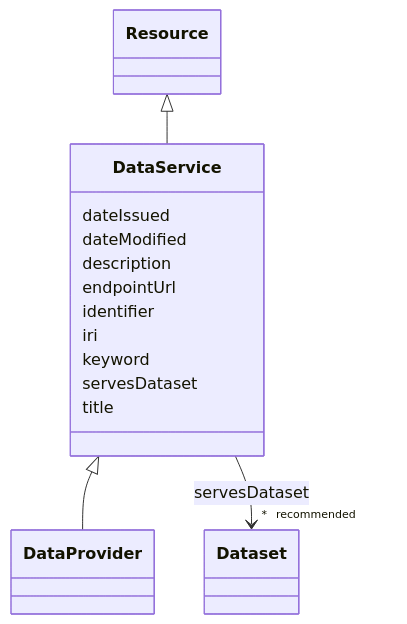
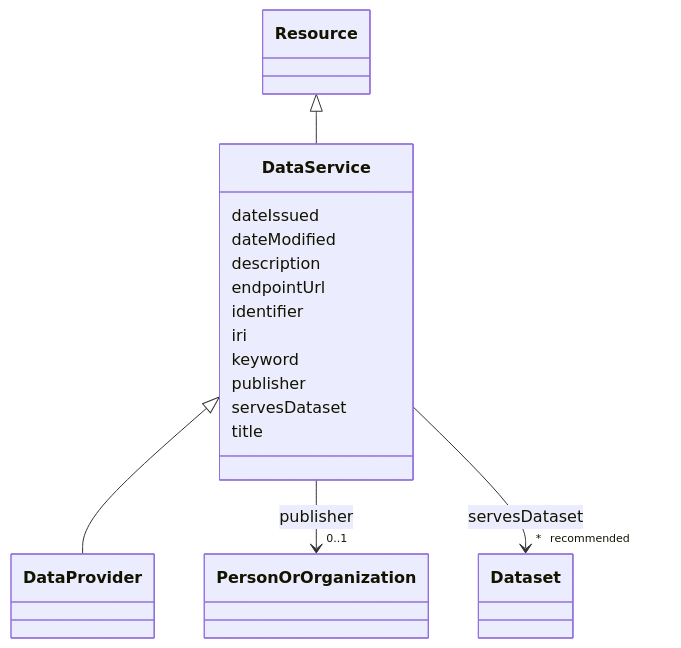
Before and after one commit to EVORA-project/evora-ontology: the diagram in models/docs/DataService.md, drawn with Mermaid. The commit also changed other lines of this file and 468 other files, not shown here.

````diff
--- a/models/docs/DataService.md
+++ b/models/docs/DataService.md
@@ -21,39 +21,48 @@
 ```mermaid
  classDiagram
     class DataService
     click DataService href "../DataService"
       Resource <|-- DataService
         click Resource href "../Resource"
       
 
       DataService <|-- DataProvider
         click DataProvider href "../DataProvider"
       
       
       DataService : dateIssued
         
       DataService : dateModified
         
       DataService : description
         
       DataService : endpointUrl
         
       DataService : identifier
         
       DataService : iri
         
       DataService : keyword
         
+      DataService : publisher
+        
+          
+    
+    
+    DataService --> "0..1" PersonOrOrganization : publisher
+    click PersonOrOrganization href "../PersonOrOrganization"
+
+        
       DataService : servesDataset
         
           
     
     
     DataService --> "* _recommended_" Dataset : servesDataset
     click Dataset href "../Dataset"
 
         
       DataService : title
         
       
 ```
````
